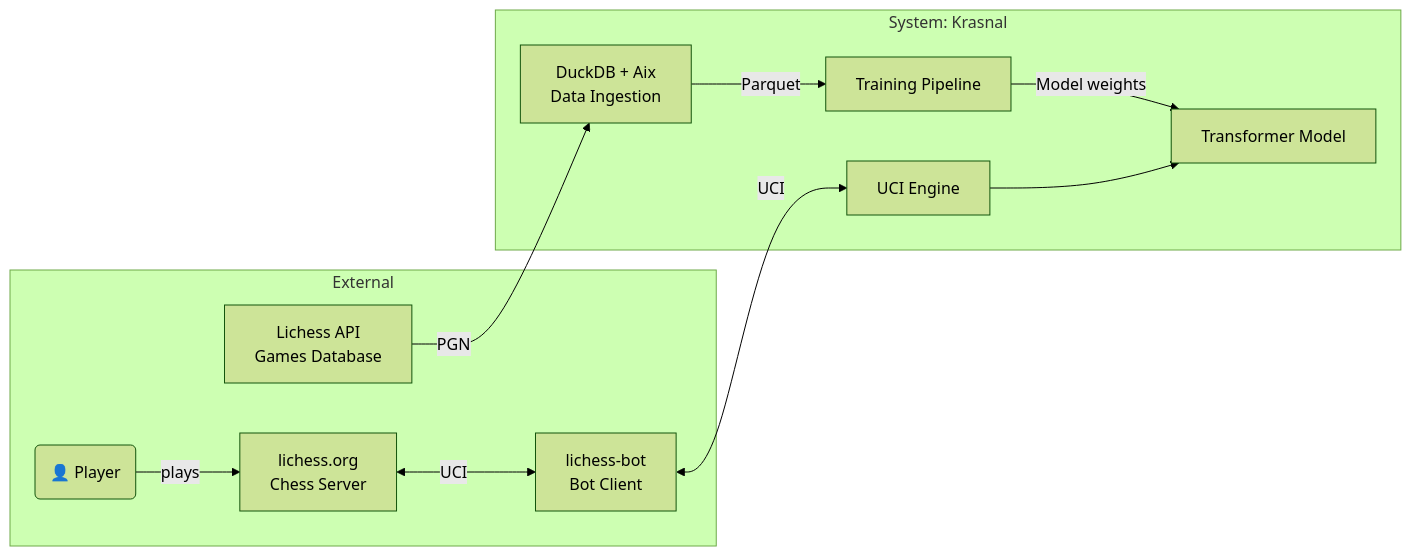
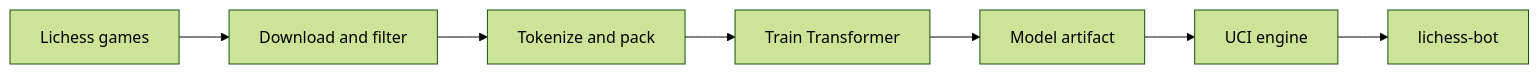
The diagram in README.md (KSI-ML-research/krasnal), drawn with Mermaid (forest theme) before and after one commit. The commit also changed other lines of this file and 10 other files, not shown here.

````diff
--- a/README.md
+++ b/README.md
@@ -19,24 +16,9 @@
 ```mermaid
 flowchart LR
-    subgraph External["External"]
-        LichessAPI[Lichess API<br/>Games Database]
-        LichessOrg[lichess.org<br/>Chess Server]
-        LichessBot[lichess-bot<br/>Bot Client]
-        User(👤 Player)
-    end
-
-    subgraph Krasnal["System: Krasnal"]
-        DataIngestion[DuckDB + Aix<br/>Data Ingestion]
-        Training[Training Pipeline]
-        Inference[UCI Engine]
-        Model[Transformer Model]
-    end
-
-    LichessAPI -->|"PGN"| DataIngestion
-    DataIngestion -->|"Parquet"| Training
-    Training -->|"Model weights"| Model
-    User -->|"plays"| LichessOrg
-    LichessOrg <-->|"UCI"| LichessBot
-    LichessBot <--"UCI"--> Inference
-    Inference --> Model
+    Lichess[Lichess games] --> Download[Download and filter]
+    Download --> Preprocess[Tokenize and pack]
+    Preprocess --> Train[Train Transformer]
+    Train --> Artifact[Model artifact]
+    Artifact --> UCI[UCI engine]
+    UCI --> Bot[lichess-bot]
 ```
````
